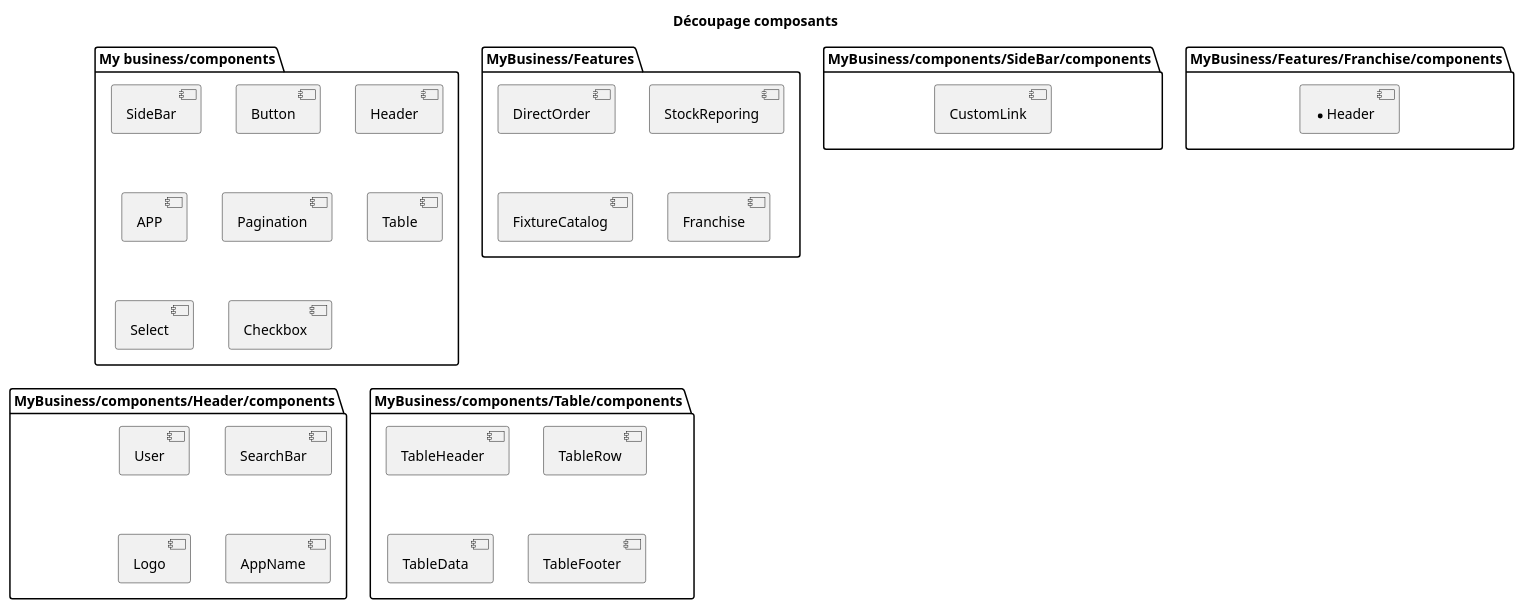
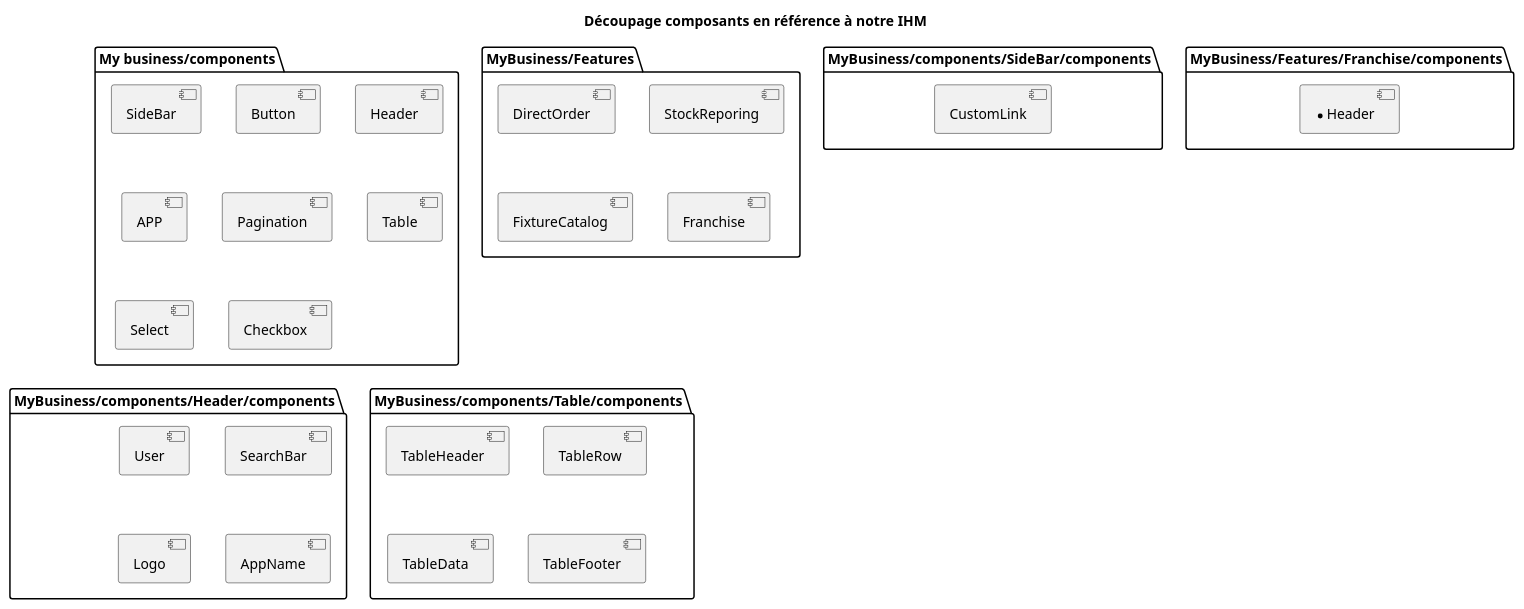
The diagram in listOfComponents.plantuml (samuelpoudroux/reactGuide), drawn with PlantUML before and after one commit. The commit also changed 4 other files, not shown here.

```diff
--- a/listOfComponents.plantuml
+++ b/listOfComponents.plantuml
@@ -1,38 +1,38 @@
 @startuml listOfComponents
-title Découpage composants
+title Découpage composants en référence à notre IHM
 
 package "My business/components" {
   [SideBar] 
   [Button]
   [Header]
   [APP]  
   [Pagination]
   [Table]
   [Select]
   [Checkbox]
 }
 package "MyBusiness/Features" {
   [DirectOrder]
   [StockReporing]
   [FixtureCatalog]
   [Franchise] 
 }
 package "MyBusiness/components/Header/components" {
   [User]
   [SearchBar]
   [Logo]
   [AppName]
 }
 package "MyBusiness/components/SideBar/components" {
   [CustomLink]
 }
 package "MyBusiness/components/Table/components" {
   [TableHeader]
   [TableRow]
   [TableData]
   [TableFooter]
 }
 package "MyBusiness/Features/Franchise/components" {
   [*Header]
 }
 @enduml
```
